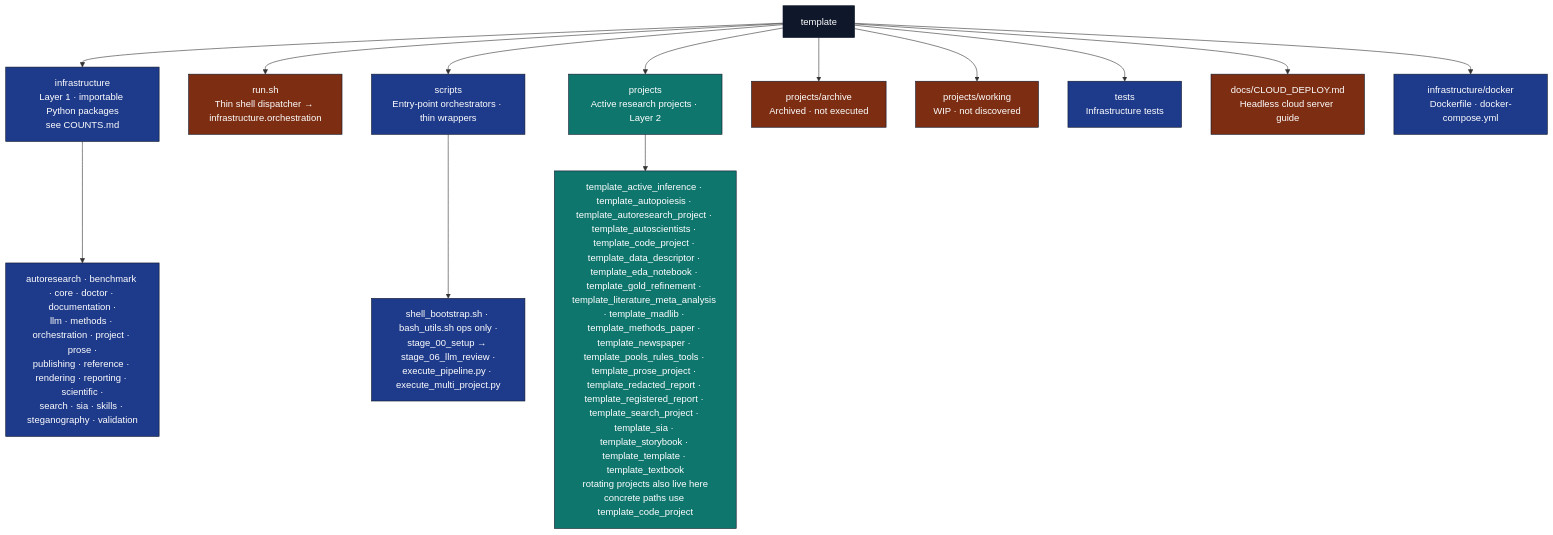
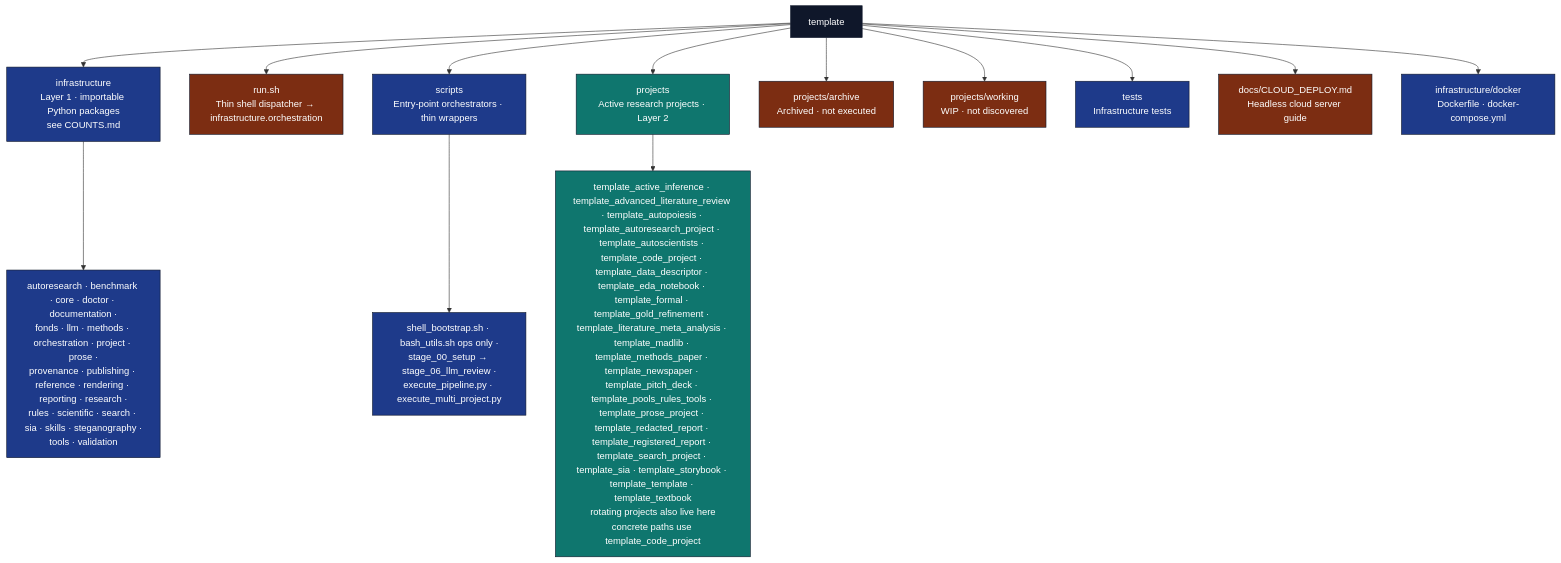
The diagram in docs/PAI.md (docxology/template), drawn with Mermaid before and after one commit. The commit also changed 10 other files, not shown here.

````diff
--- a/docs/PAI.md
+++ b/docs/PAI.md
@@ -69,28 +69,28 @@
 ```mermaid
 flowchart TB
     ROOT[template]
     ROOT --> INFRA[infrastructure<br/>Layer 1 · importable Python packages<br/>see COUNTS.md]
     ROOT --> RUN[run.sh<br/>Thin shell dispatcher → infrastructure.orchestration]
     ROOT --> SCR[scripts<br/>Entry-point orchestrators · thin wrappers]
     ROOT --> PROJ[projects<br/>Active research projects · Layer 2]
     ROOT --> ARCH[projects/archive<br/>Archived · not executed]
     ROOT --> WIP[projects/working<br/>WIP · not discovered]
     ROOT --> T[tests<br/>Infrastructure tests]
     ROOT --> DOCS[docs/CLOUD_DEPLOY.md<br/>Headless cloud server guide]
     ROOT --> DOCKER[infrastructure/docker<br/>Dockerfile · docker-compose.yml]
 
-    INFRA --> INFRA_PKGS[autoresearch · benchmark · core · doctor · documentation ·<br/>llm · methods · orchestration · project · prose ·<br/>publishing · reference · rendering · reporting · scientific ·<br/>search · sia · skills · steganography · validation]
+    INFRA --> INFRA_PKGS[autoresearch · benchmark · core · doctor · documentation ·<br/>fonds · llm · methods · orchestration · project · prose ·<br/>provenance · publishing · reference · rendering · reporting · research ·<br/>rules · scientific · search · sia · skills · steganography ·<br/>tools · validation]
 
     SCR --> SCR_FILES[shell_bootstrap.sh · bash_utils.sh ops only ·<br/>stage_00_setup → stage_06_llm_review ·<br/>execute_pipeline.py · execute_multi_project.py]
 
-    PROJ --> PROJ_F["template_active_inference · template_autopoiesis · template_autoresearch_project · template_autoscientists · template_code_project · template_data_descriptor · template_eda_notebook · template_gold_refinement · template_literature_meta_analysis · template_madlib · template_methods_paper · template_newspaper · template_pools_rules_tools · template_prose_project · template_redacted_report · template_registered_report · template_search_project · template_sia · template_storybook · template_template · template_textbook<br/>rotating projects also live here<br/>concrete paths use template_code_project"]
+    PROJ --> PROJ_F["template_active_inference · template_advanced_literature_review · template_autopoiesis · template_autoresearch_project · template_autoscientists · template_code_project · template_data_descriptor · template_eda_notebook · template_formal · template_gold_refinement · template_literature_meta_analysis · template_madlib · template_methods_paper · template_newspaper · template_pitch_deck · template_pools_rules_tools · template_prose_project · template_redacted_report · template_registered_report · template_search_project · template_sia · template_storybook · template_template · template_textbook<br/>rotating projects also live here<br/>concrete paths use template_code_project"]
 
     classDef root fill:#0f172a,stroke:#0f172a,color:#fff
     classDef l1 fill:#1e3a8a,stroke:#0f172a,color:#fff
     classDef l2 fill:#0f766e,stroke:#0f172a,color:#fff
     classDef gen fill:#7c2d12,stroke:#0f172a,color:#fff
     class ROOT root
     class INFRA,SCR,T,DOCKER,INFRA_PKGS,SCR_FILES l1
     class PROJ,PROJ_F l2
     class ARCH,WIP,DOCS,RUN gen
 ```
````
